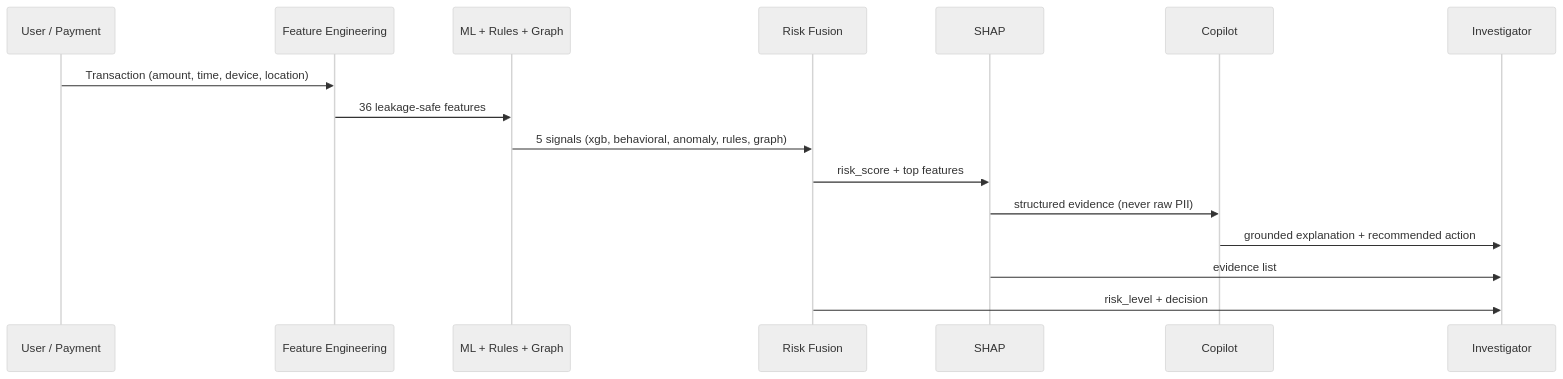
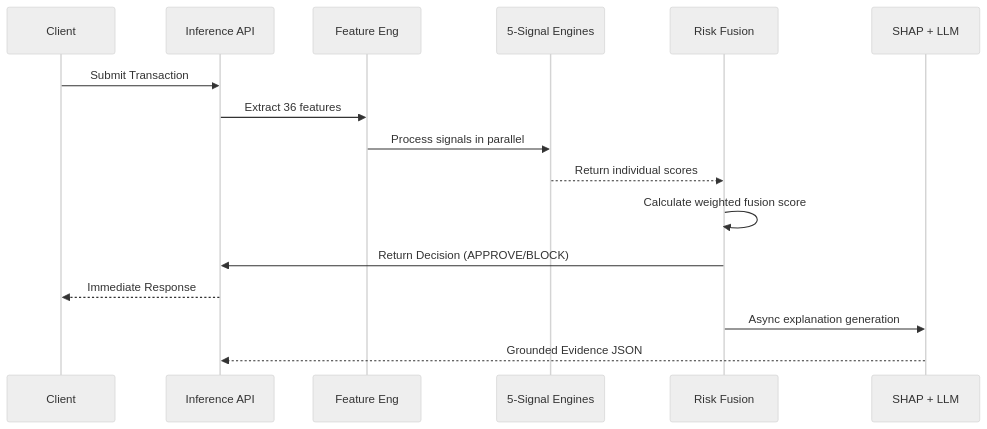
The second of 3 diagrams in README.md (shaikhakramshakil/Finsheild), drawn with Mermaid (neutral theme) before and after one commit. The commit also changed other lines of this file, not shown here.

Commit message:
docs: professional README with mermaid architecture, benchmark results, and project structure

````diff
--- a/README.md
+++ b/README.md
@@ -60,19 +70,19 @@
 ```mermaid
 sequenceDiagram
-    participant U as User / Payment
-    participant FE as Feature Engineering
-    participant ML as ML + Rules + Graph
-    participant RF as Risk Fusion
-    participant SH as SHAP
-    participant LLM as Copilot
-    participant INV as Investigator
-
-    U->>FE: Transaction (amount, time, device, location)
-    FE->>ML: 36 leakage-safe features
-    ML->>RF: 5 signals (xgb, behavioral, anomaly, rules, graph)
-    RF->>SH: risk_score + top features
-    SH->>LLM: structured evidence (never raw PII)
-    LLM->>INV: grounded explanation + recommended action
-    SH->>INV: evidence list
-    RF->>INV: risk_level + decision
+    participant C as Client
+    participant API as Inference API
+    participant FE as Feature Eng
+    participant S as 5-Signal Engines
+    participant R as Risk Fusion
+    participant X as SHAP + LLM
+    
+    C->>API: Submit Transaction
+    API->>FE: Extract 36 features
+    FE->>S: Process signals in parallel
+    S-->>R: Return individual scores
+    R->>R: Calculate weighted fusion score
+    R->>API: Return Decision (APPROVE/BLOCK)
+    API-->>C: Immediate Response
+    R->>X: Async explanation generation
+    X-->>API: Grounded Evidence JSON
 ```
````
